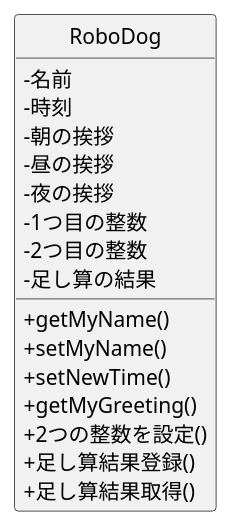
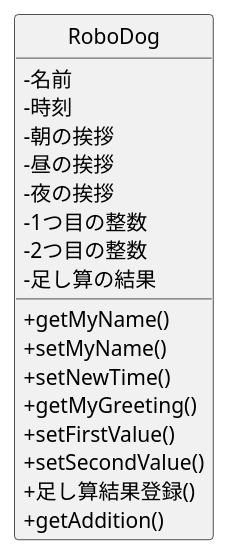
One commit to FujikawaHirono0520/ohara_uml changed the diagram in 06_robo_dog/class.pu. Above: the diagram before and after it, drawn with PlantUML.

```diff
--- a/06_robo_dog/class.pu
+++ b/06_robo_dog/class.pu
@@ -1,24 +1,25 @@
 @startuml Robodogクラス図
 skinparam classAttributeIconSize 0
 hide circle
 
 class RoboDog {
  -名前
  -時刻
  -朝の挨拶
  -昼の挨拶
  -夜の挨拶
  -1つ目の整数
  -2つ目の整数
  -足し算の結果
 
  +getMyName()
  +setMyName()
  +setNewTime()
  +getMyGreeting()
- +2つの整数を設定()
+ +setFirstValue()
+ +setSecondValue()
  +足し算結果登録()
- +足し算結果取得()
+ +getAddition()
 }
 
 @enduml
```
